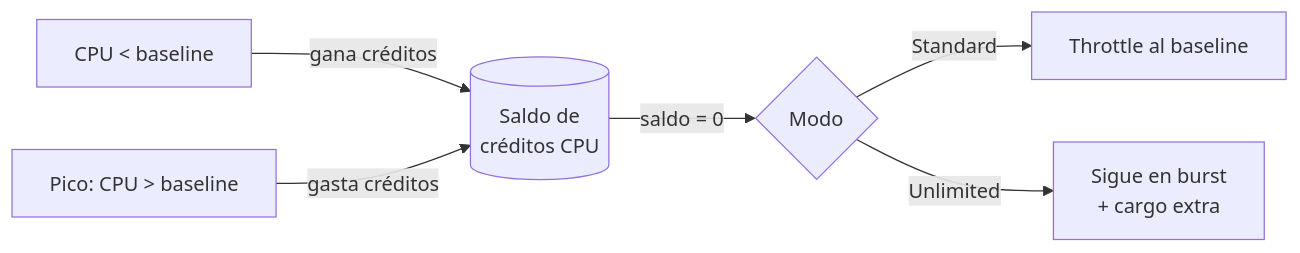
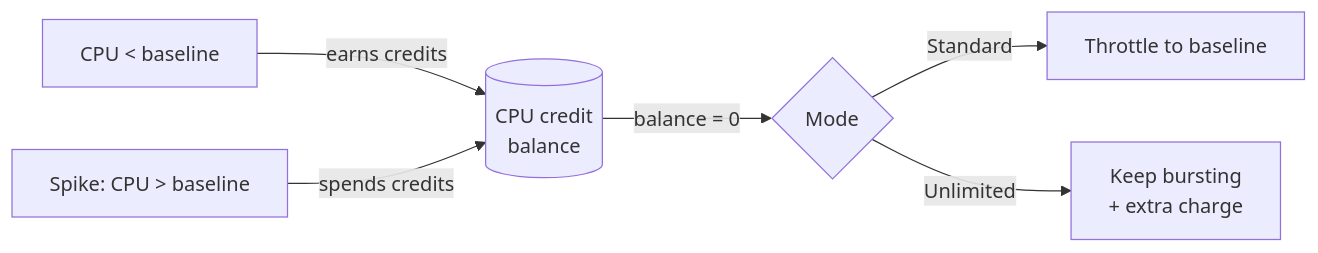
One commit to JuanCamiloSalas/certifications changed the diagram in SAA/cards/01-ec2-saa/03-burstable-cpu-credits.md. Above: the diagram before and after it, drawn with Mermaid. The commit also changed other lines of this file and 4 other files, not shown here.

````diff
--- a/SAA/cards/01-ec2-saa/03-burstable-cpu-credits.md
+++ b/SAA/cards/01-ec2-saa/03-burstable-cpu-credits.md
@@ -35,8 +35,8 @@
 ```mermaid
 flowchart LR
-    A["CPU &lt; baseline"] -->|gana créditos| B[("Saldo de<br/>créditos CPU")]
-    C["Pico: CPU &gt; baseline"] -->|gasta créditos| B
-    B -->|saldo = 0| D{Modo}
-    D -->|Standard| E["Throttle al baseline"]
-    D -->|Unlimited| F["Sigue en burst<br/>+ cargo extra"]
+    A["CPU &lt; baseline"] -->|earns credits| B[("CPU credit<br/>balance")]
+    C["Spike: CPU &gt; baseline"] -->|spends credits| B
+    B -->|balance = 0| D{Mode}
+    D -->|Standard| E["Throttle to baseline"]
+    D -->|Unlimited| F["Keep bursting<br/>+ extra charge"]
 ```
````
